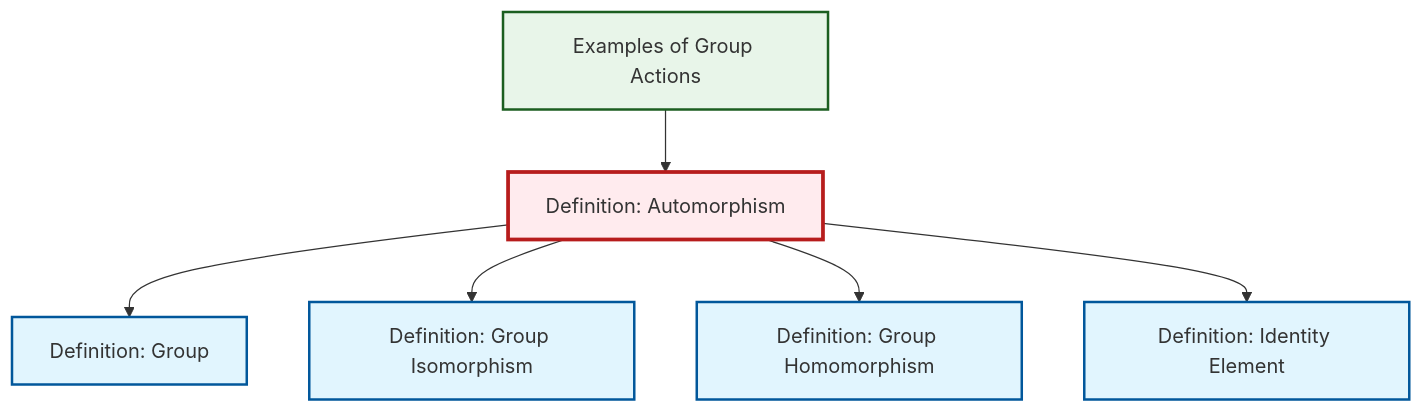
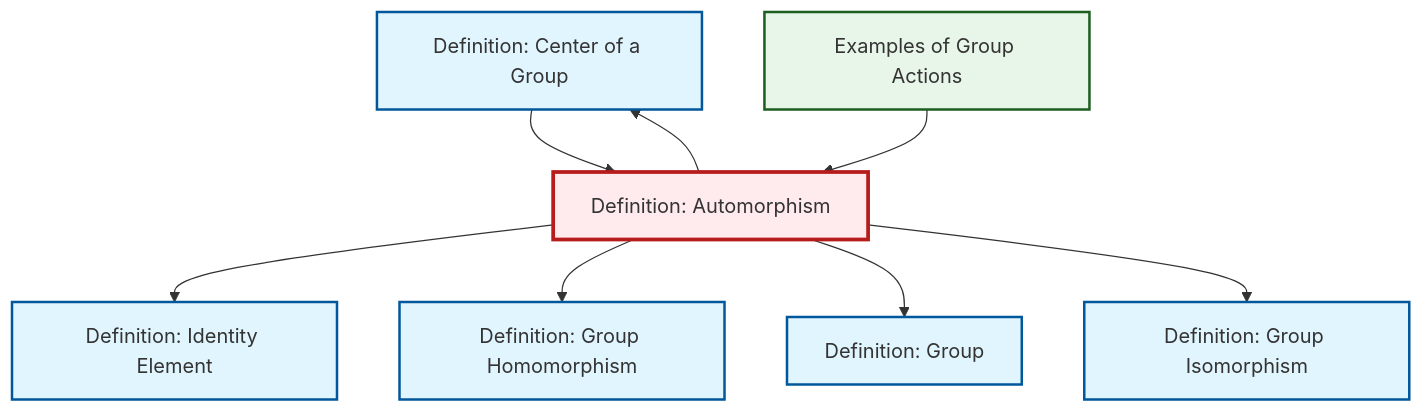
The diagram in content/en/algebra/def-automorphism.qmd (RK0429/ModernMath), drawn with Mermaid before and after one commit. The commit also changed other lines of this file and 634 other files, not shown here.

````diff
--- a/content/en/algebra/def-automorphism.qmd
+++ b/content/en/algebra/def-automorphism.qmd
@@ -100,26 +101,30 @@
 ```{mermaid}
 %%| fig-cap: "Local dependency graph"
 graph TD
     classDef definition fill:#e1f5fe,stroke:#01579b,stroke-width:2px
     classDef theorem fill:#f3e5f5,stroke:#4a148c,stroke-width:2px
     classDef axiom fill:#fff3e0,stroke:#e65100,stroke-width:2px
     classDef example fill:#e8f5e9,stroke:#1b5e20,stroke-width:2px
     classDef current fill:#ffebee,stroke:#b71c1c,stroke-width:3px
     def-group["Definition: Group"]:::definition
+    def-center-of-group["Definition: Center of a Group"]:::definition
     def-isomorphism["Definition: Group Isomorphism"]:::definition
+    def-homomorphism["Definition: Group Homomorphism"]:::definition
+    def-identity-element["Definition: Identity Element"]:::definition
     def-automorphism["Definition: Automorphism"]:::definition
-    def-homomorphism["Definition: Group Homomorphism"]:::definition
     ex-group-action-examples["Examples of Group Actions"]:::example
-    def-identity-element["Definition: Identity Element"]:::definition
+    def-automorphism --> def-identity-element
+    def-automorphism --> def-homomorphism
     def-automorphism --> def-group
+    def-center-of-group --> def-automorphism
     def-automorphism --> def-isomorphism
-    def-automorphism --> def-homomorphism
-    def-automorphism --> def-identity-element
     ex-group-action-examples --> def-automorphism
+    def-automorphism --> def-center-of-group
     class def-automorphism current
     click def-group "def-group.html" "Go to Group definition"
+    click def-center-of-group "def-center-of-group.html" "Go to Center of a Group definition"
     click def-isomorphism "def-isomorphism.html" "Go to Group Isomorphism definition"
     click def-homomorphism "def-homomorphism.html" "Go to Group Homomorphism definition"
+    click def-identity-element "def-identity-element.html" "Go to Identity Element definition"
     click ex-group-action-examples "ex-group-action-examples.html" "Go to Examples of Group Actions"
-    click def-identity-element "def-identity-element.html" "Go to Identity Element definition"
 ```
````
